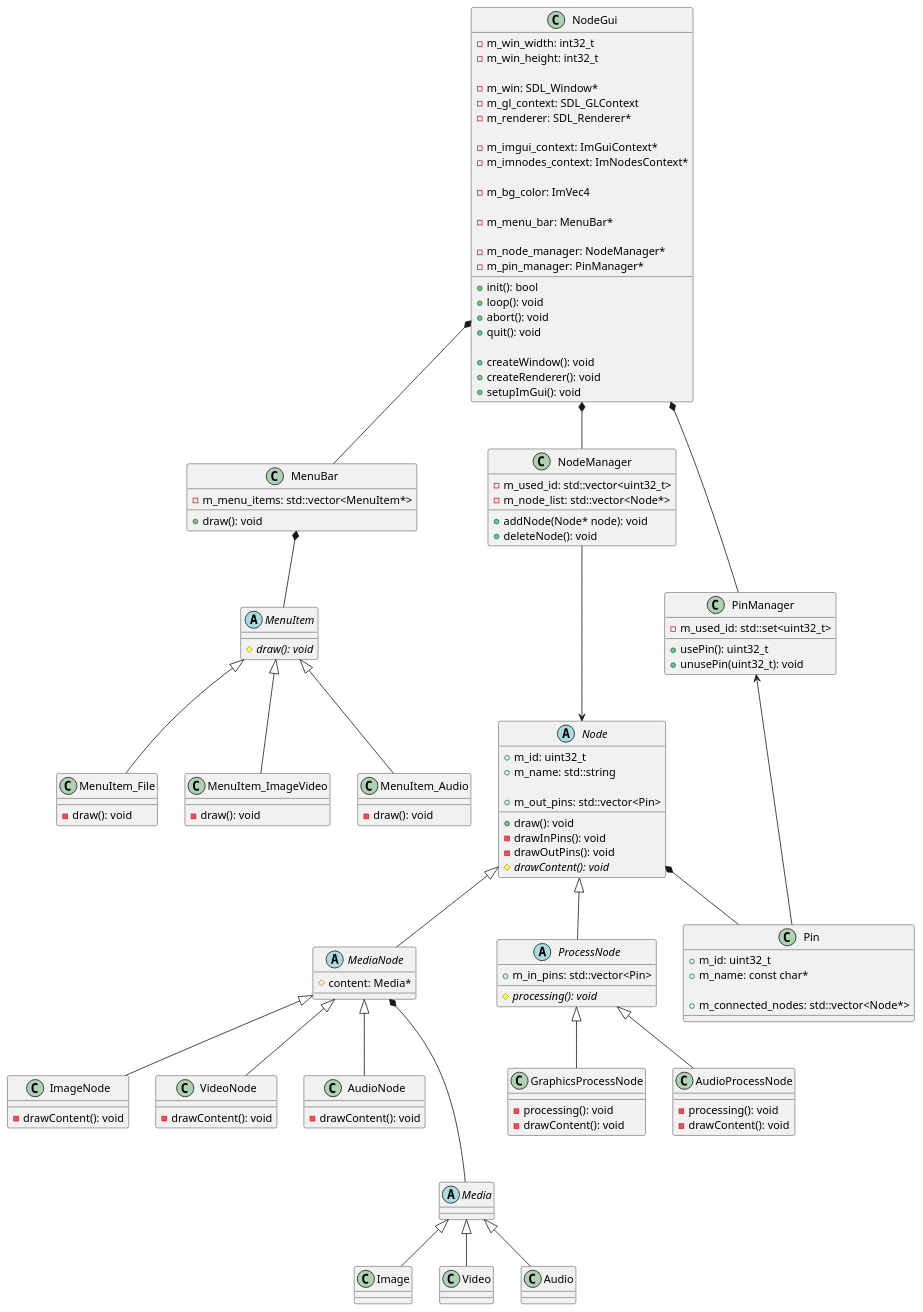
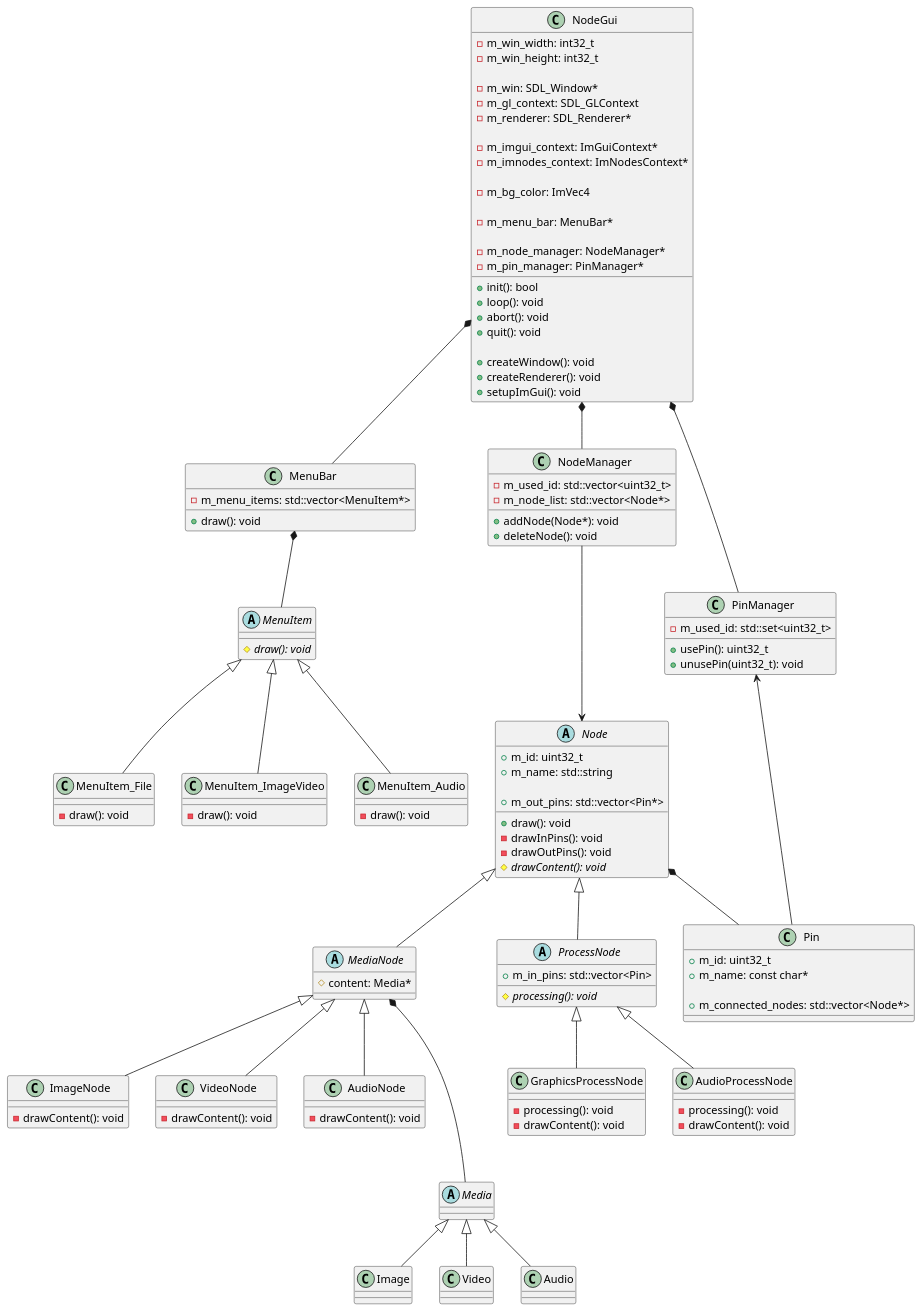
One commit to nkue-yst/NodeProcessV2 changed the diagram in uml/uml.pu. Above: the diagram before and after it, drawn with PlantUML. The commit also changed 13 other files, not shown here.

```diff
--- a/uml/uml.pu
+++ b/uml/uml.pu
@@ -1,161 +1,161 @@
 @startuml NodeProcessing
 
 class NodeGui {
     +init(): bool
     +loop(): void
     +abort(): void
     +quit(): void
 
     +createWindow(): void
     +createRenderer(): void
     +setupImGui(): void
 
     -m_win_width: int32_t
     -m_win_height: int32_t
 
     -m_win: SDL_Window*
     -m_gl_context: SDL_GLContext
     -m_renderer: SDL_Renderer*
 
     -m_imgui_context: ImGuiContext*
     -m_imnodes_context: ImNodesContext*
 
     -m_bg_color: ImVec4
 
     -m_menu_bar: MenuBar*
 
     -m_node_manager: NodeManager*
     -m_pin_manager: PinManager*
 }
 
 class MenuBar {
     +draw(): void
 
     -m_menu_items: std::vector<MenuItem*>
 }
 
 abstract class MenuItem {
     {abstract} #draw(): void
 }
 
 class MenuItem_File {
     -draw(): void
 }
 
 class MenuItem_ImageVideo {
     -draw(): void
 }
 
 class MenuItem_Audio {
     -draw(): void
 }
 
 class NodeManager {
-    +addNode(Node* node): void
+    +addNode(Node*): void
     +deleteNode(): void
 
     -m_used_id: std::vector<uint32_t>
     -m_node_list: std::vector<Node*>
 }
 
 abstract class Node {
     +draw(): void
     -drawInPins(): void
     -drawOutPins(): void
     {abstract} #drawContent(): void
 
     +m_id: uint32_t
     +m_name: std::string
 
-    +m_out_pins: std::vector<Pin>
+    +m_out_pins: std::vector<Pin*>
 }
 
 abstract class MediaNode {
     #content: Media*
 }
 
 abstract class ProcessNode {
     {abstract} #processing(): void
 
     +m_in_pins: std::vector<Pin>
 }
 
 class ImageNode {
     -drawContent(): void
 }
 
 class VideoNode {
     -drawContent(): void
 }
 
 class AudioNode {
     -drawContent(): void
 }
 
 class GraphicsProcessNode {
     -processing(): void
     -drawContent(): void
 }
 
 class AudioProcessNode {
     -processing(): void
     -drawContent(): void
 }
 
 class PinManager {
     +usePin(): uint32_t
     +unusePin(uint32_t): void
 
     -m_used_id: std::set<uint32_t>
 }
 
 class Pin {
     +m_id: uint32_t
     +m_name: const char*
 
     +m_connected_nodes: std::vector<Node*>
 }
 
 abstract class Media {
 
 }
 
 class Image {
 
 }
 
 class Video {
 
 }
 
 class Audio {
 
 }
 
 NodeGui *-- NodeManager
 NodeGui *-- PinManager
 NodeGui *-- MenuBar
 
 MenuBar *-- MenuItem
 MenuItem <|-- MenuItem_File
 MenuItem <|-- MenuItem_ImageVideo
 MenuItem <|-- MenuItem_Audio
 
 Node <|-- MediaNode
 Node <|-- ProcessNode
 Node *-- Pin
 MediaNode <|-- ImageNode
 MediaNode <|-- VideoNode
 MediaNode <|-- AudioNode
 ProcessNode <|-- GraphicsProcessNode
 ProcessNode <|-- AudioProcessNode
 
 MediaNode *--- Media
 Media <|-- Image
 Media <|-- Video
 Media <|-- Audio
 
 NodeManager ---> Node
 PinManager <-- Pin
 
 @enduml
```
